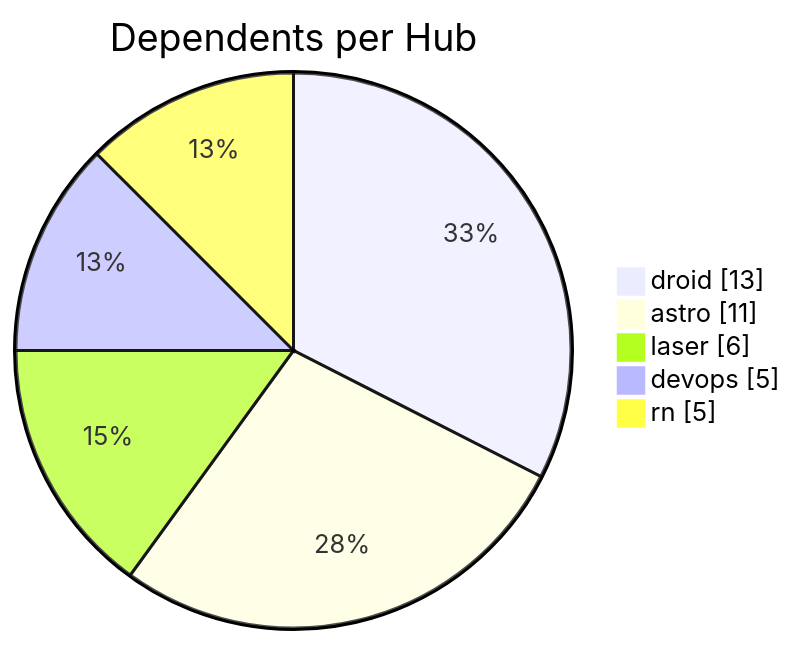
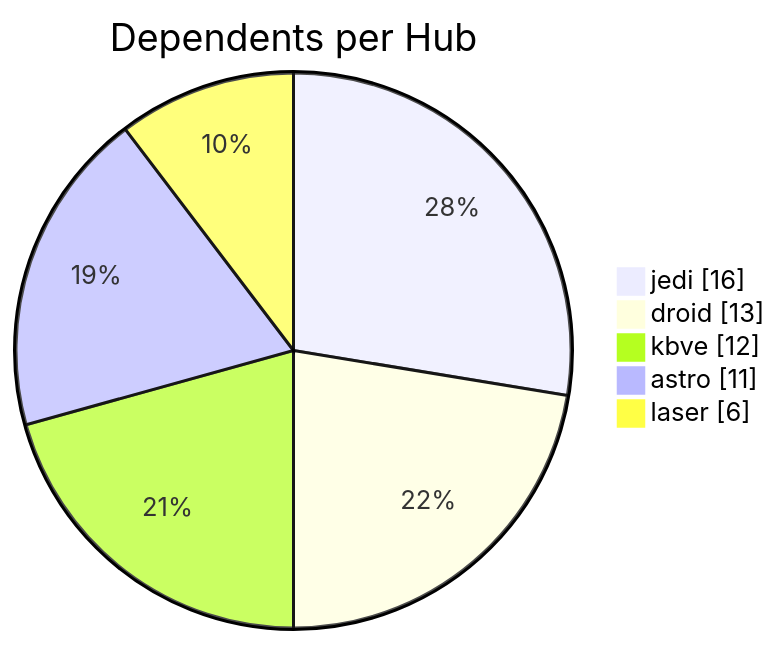
One commit to KBVE/kbve changed the second of 3 diagrams in apps/kbve/astro-kbve/src/content/docs/dashboard/graph.mdx. Above: the diagram before and after it, drawn with Mermaid. The commit also changed other lines of this file and 8 other files, not shown here.

````diff
--- a/apps/kbve/astro-kbve/src/content/docs/dashboard/graph.mdx
+++ b/apps/kbve/astro-kbve/src/content/docs/dashboard/graph.mdx
@@ -66,9 +66,9 @@
 ```mermaid
 pie showData
     title Dependents per Hub
+    "jedi" : 16
     "droid" : 13
+    "kbve" : 12
     "astro" : 11
     "laser" : 6
-    "devops" : 5
-    "rn" : 5
 ```
````
